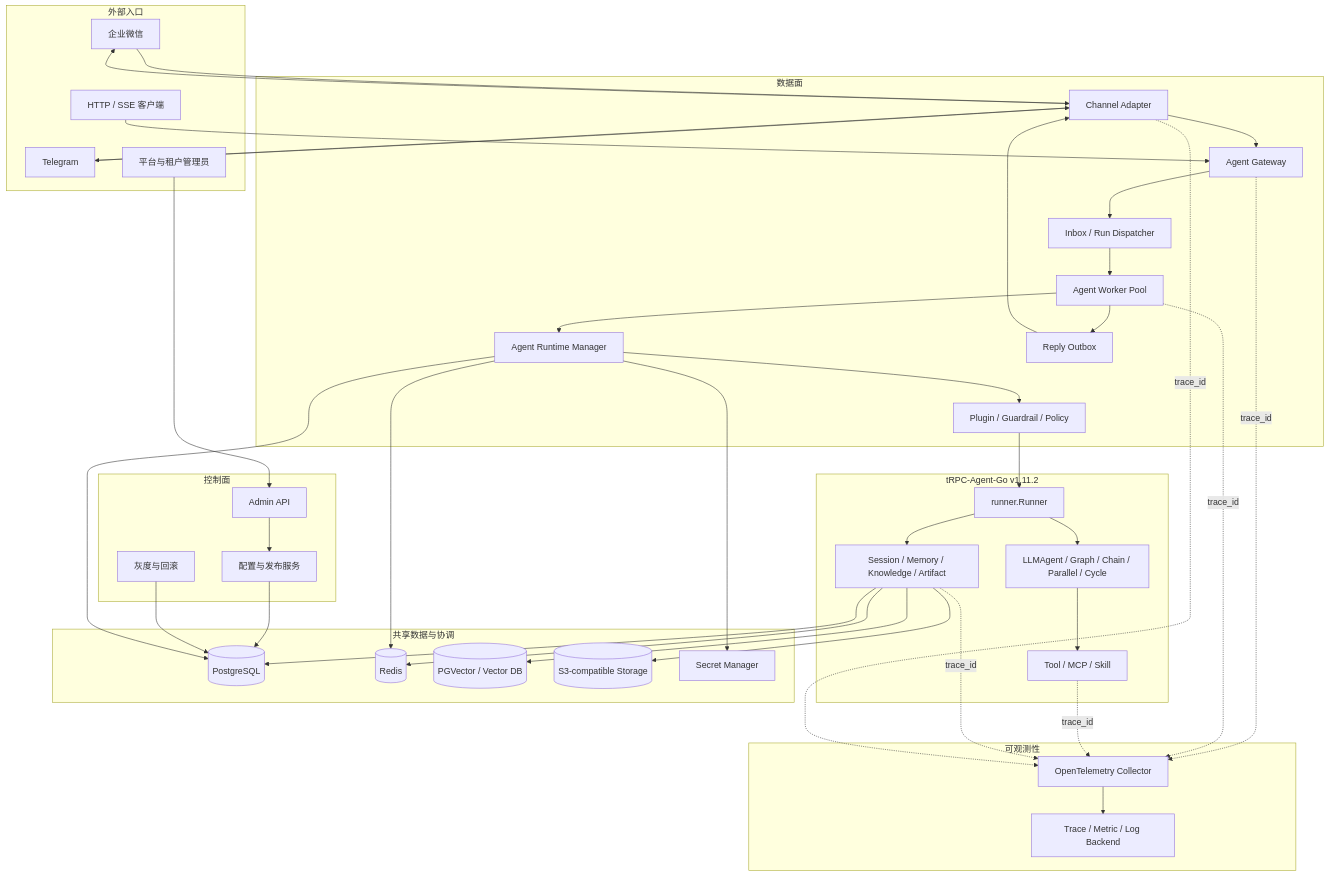
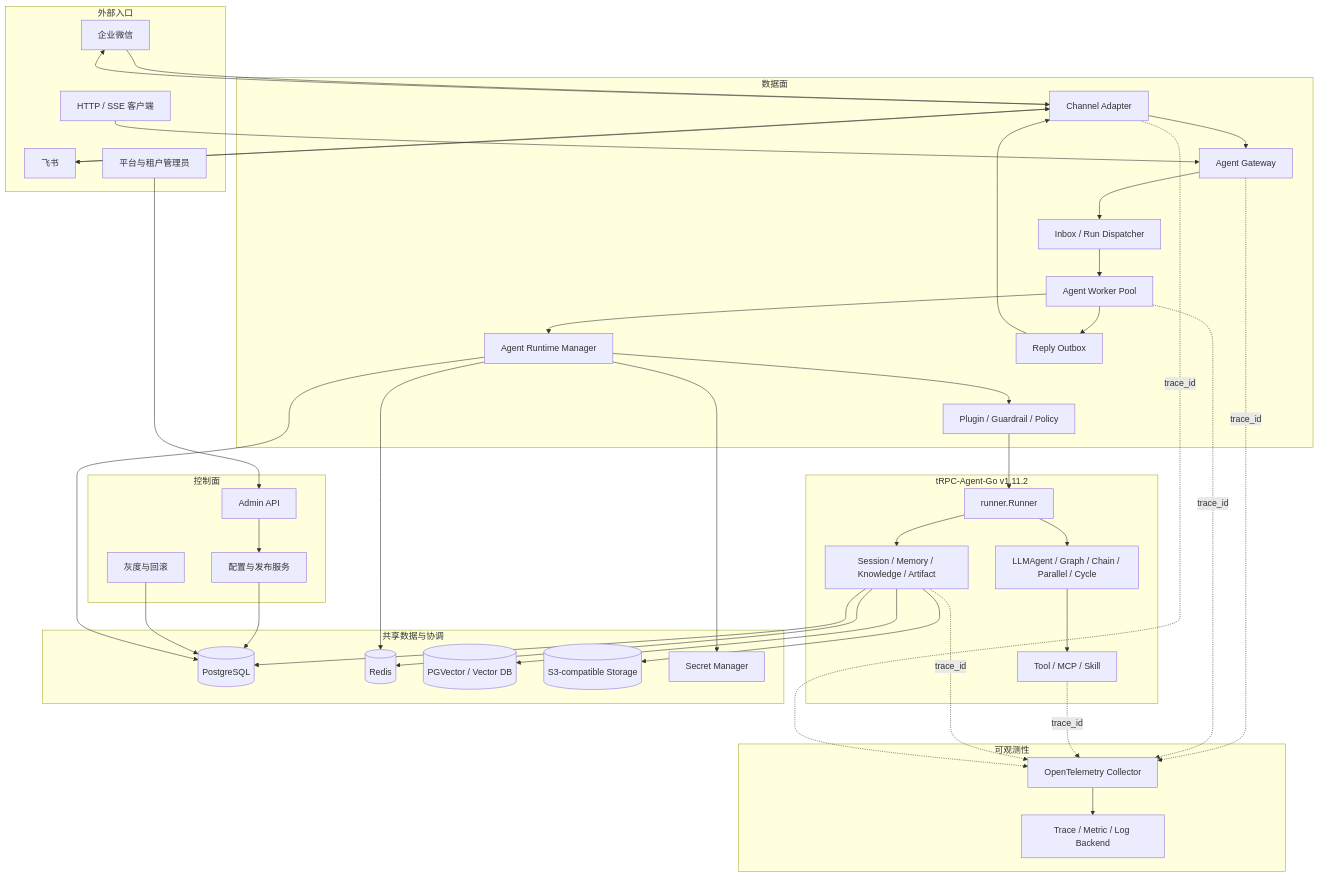
Before and after one commit to d2bz/trpc-agent-service: the diagram in docs/architecture.md, drawn with Mermaid. The commit also changed 9 other files, not shown here.

```diff
--- a/docs/architecture.md
+++ b/docs/architecture.md
@@ -20,7 +20,7 @@
 flowchart TB
     subgraph Client[外部入口]
         WeCom[企业微信]
-        Telegram[Telegram]
+        Feishu[飞书]
         HTTP[HTTP / SSE 客户端]
         Operator[平台与租户管理员]
     end
@@ -67,7 +67,7 @@
     Scheduler --> PG
 
     WeCom --> Channel
-    Telegram --> Channel
+    Feishu --> Channel
     HTTP --> Gateway
     Channel --> Gateway
     Gateway --> Inbox
@@ -90,7 +90,7 @@
     Worker --> Outbox
     Outbox --> Channel
     Channel --> WeCom
-    Channel --> Telegram
+    Channel --> Feishu
 
     Gateway -. trace_id .-> OTel
     Worker -. trace_id .-> OTel
```
